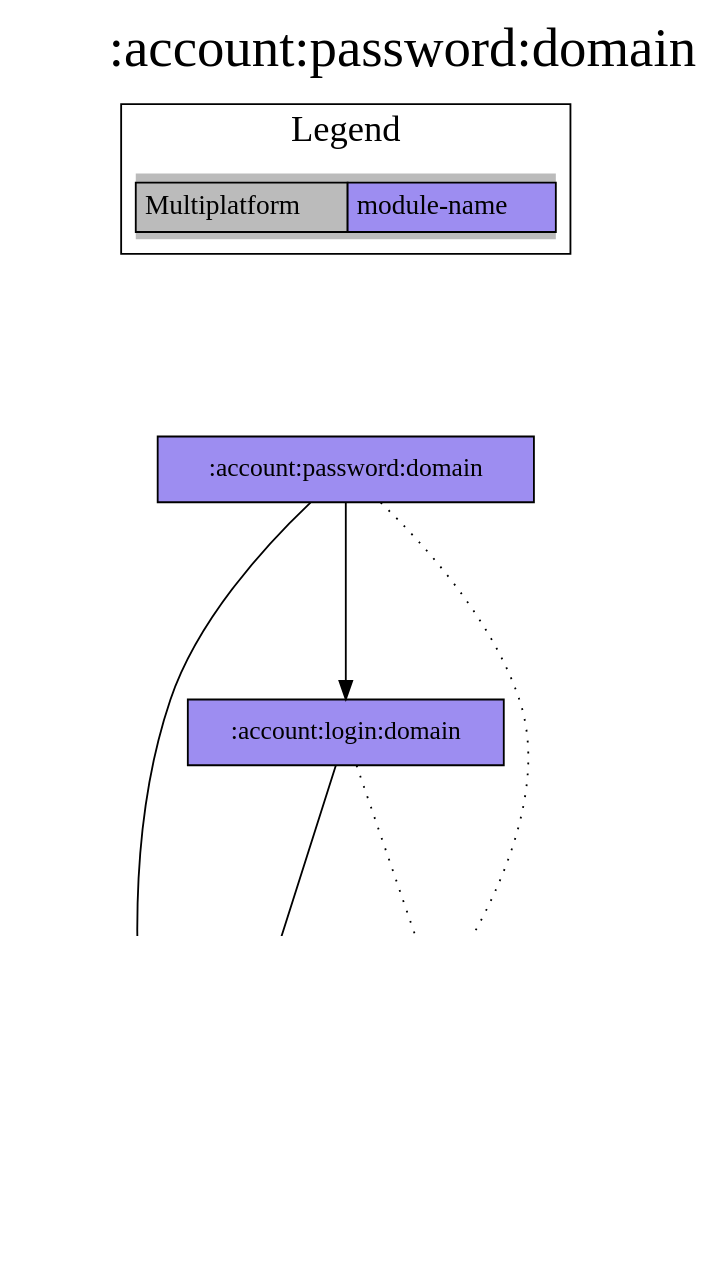
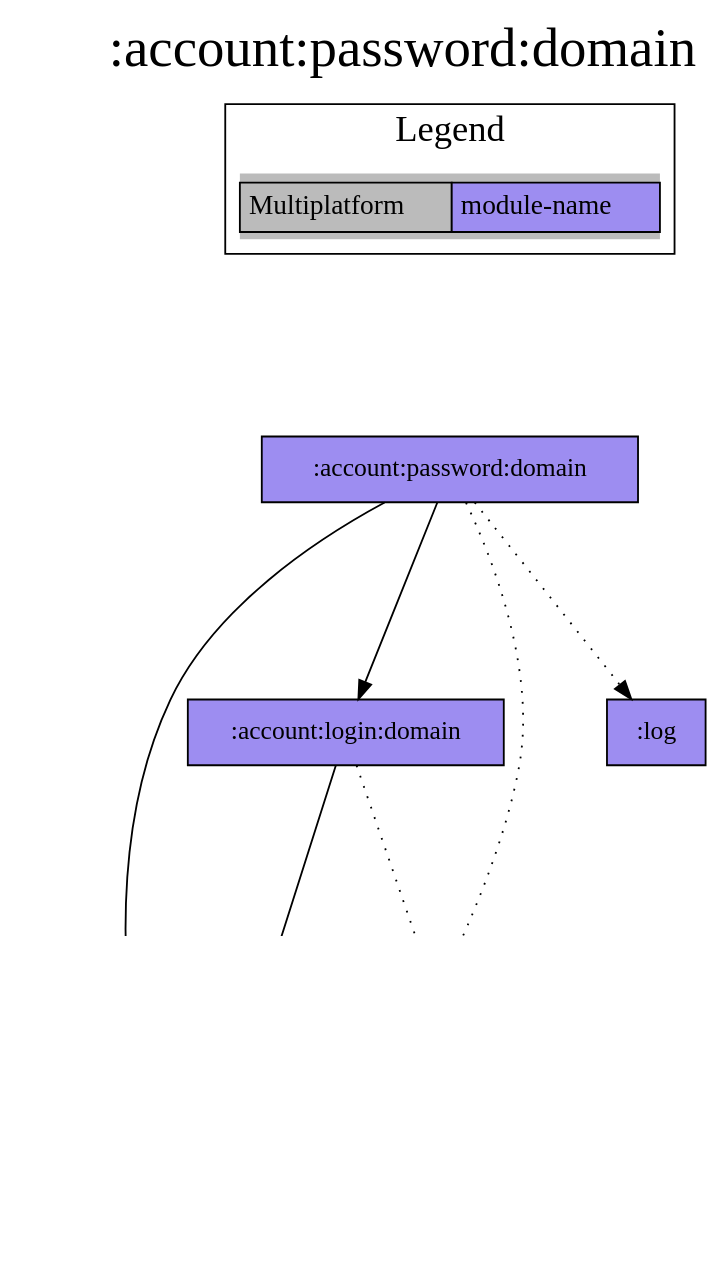
One commit to jonapoul/aktual changed the diagram in modules/account/password/domain/project-dependency-graph.dot. Above: the diagram before and after it, drawn with Graphviz. The commit also changed 89 other files, not shown here.

```diff
--- a/modules/account/password/domain/project-dependency-graph.dot
+++ b/modules/account/password/domain/project-dependency-graph.dot
@@ -1,32 +1,34 @@
 digraph {
 edge ["dir"="forward"]
 graph ["dpi"="100","label"=":account:password:domain","labelloc"="t","fontsize"="30","ranksep"="1.5","rankdir"="TB"]
 node ["style"="filled"]
 ":account:login:domain" ["fillcolor"="#9D8DF1","shape"="box"]
 ":account:model" ["fillcolor"="#9D8DF1","shape"="box"]
 ":account:password:domain" ["fillcolor"="#9D8DF1","shape"="box"]
 ":api:actual" ["fillcolor"="#9D8DF1","shape"="box"]
 ":budget:model" ["fillcolor"="#9D8DF1","shape"="box"]
+":log" ["fillcolor"="#9D8DF1","shape"="box"]
 ":url:model" ["fillcolor"="#9D8DF1","shape"="box"]
 {
 edge ["dir"="none"]
 graph ["rank"="same"]
 }
 ":account:login:domain" -> ":account:model"
 ":account:login:domain" -> ":api:actual" ["style"="dotted"]
 ":account:password:domain" -> ":account:login:domain"
 ":account:password:domain" -> ":account:model"
 ":account:password:domain" -> ":api:actual" ["style"="dotted"]
+":account:password:domain" -> ":log" ["style"="dotted"]
 ":api:actual" -> ":account:model"
 ":api:actual" -> ":budget:model"
 ":api:actual" -> ":url:model"
 subgraph "cluster_legend" {
 edge ["dir"="none"]
 graph ["label"="Legend","fontsize"="20"]
 "Legend" ["style"="filled","fillcolor"="#bbbbbb","shape"="none","margin"="0","fontsize"="15","label"=<
 <TABLE BORDER="0" CELLBORDER="1" CELLSPACING="0" CELLPADDING="4">
 <TR><TD>Multiplatform</TD><TD BGCOLOR="#9D8DF1">module-name</TD></TR>
 </TABLE>
 >]
 } -> ":account:password:domain" ["style"="invis"]
 }
```
